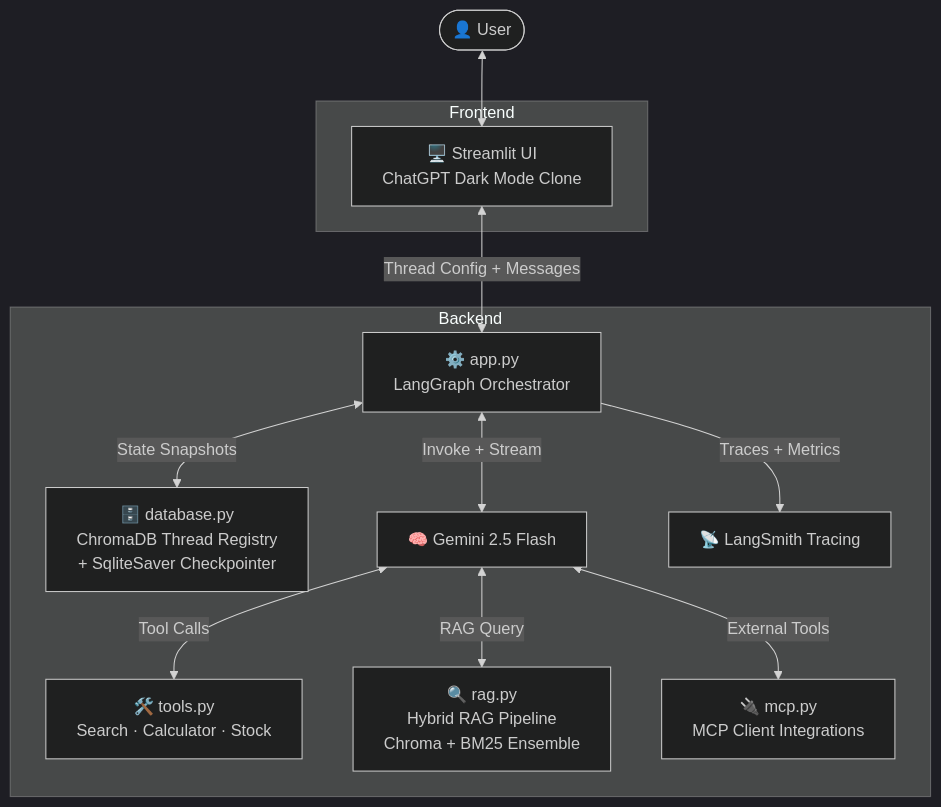
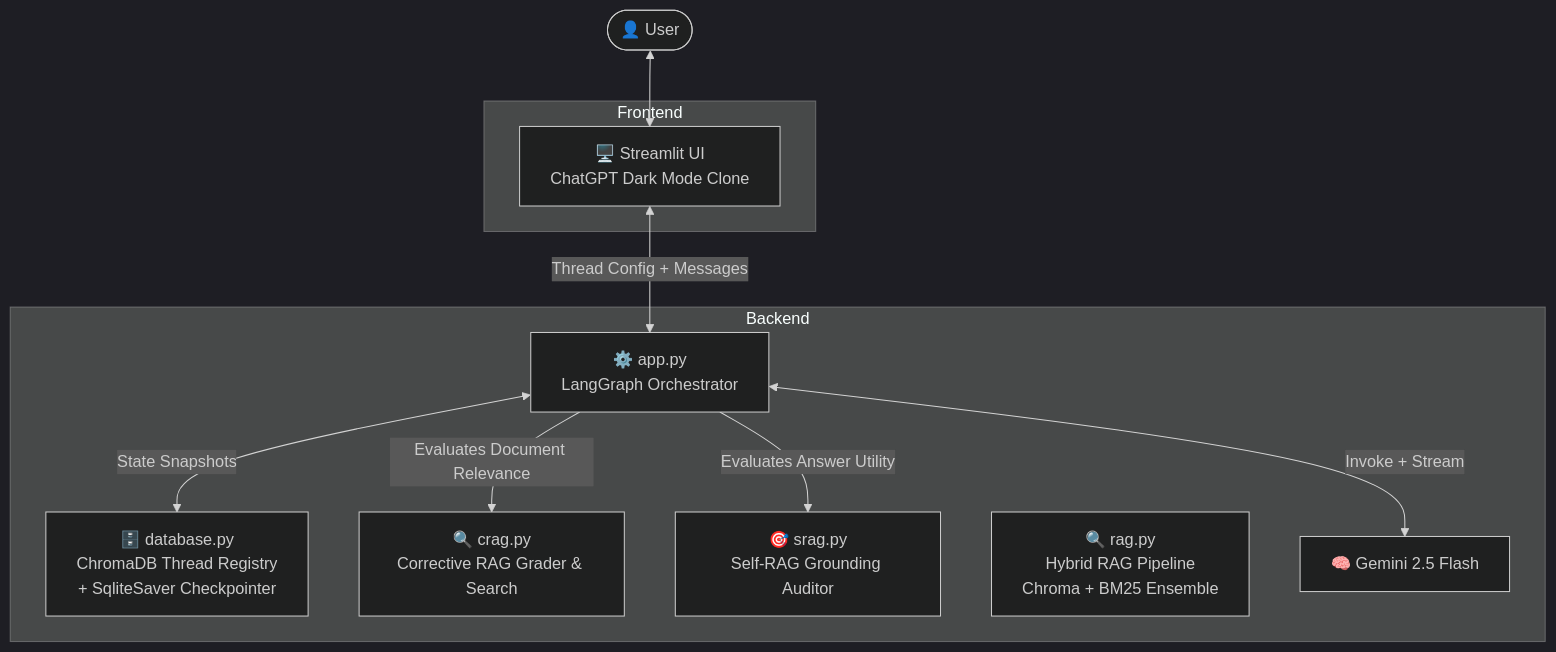
One commit to Yashthakre-07/StateFlow changed the diagram in README.md. Above: the diagram before and after it, drawn with Mermaid (dark theme). The commit also changed other lines of this file and 5 other files, not shown here.

Commit message:
feat: Integrate CRAG & Self-RAG pipelines with Streamlit tracing UI

````diff
--- a/README.md
+++ b/README.md
@@ -145,26 +92,23 @@
 ```mermaid
 graph TD
     User([👤 User]) <--> Streamlit[🖥️ Streamlit UI\nChatGPT Dark Mode Clone]
 
     subgraph Frontend
         Streamlit
     end
 
     subgraph Backend
         App[⚙️ app.py\nLangGraph Orchestrator]
         DB[🗄️ database.py\nChromaDB Thread Registry\n+ SqliteSaver Checkpointer]
-        Tools[🛠️ tools.py\nSearch · Calculator · Stock]
+        CRAG[🔍 crag.py\nCorrective RAG Grader & Search]
+        SRAG[🎯 srag.py\nSelf-RAG Grounding Auditor]
         RAG[🔍 rag.py\nHybrid RAG Pipeline\nChroma + BM25 Ensemble]
-        MCP[🔌 mcp.py\nMCP Client Integrations]
         LLM[🧠 Gemini 2.5 Flash]
-        LS[📡 LangSmith Tracing]
     end
 
     Streamlit <-->|Thread Config + Messages| App
     App <-->|State Snapshots| DB
     App <-->|Invoke + Stream| LLM
-    LLM <-->|Tool Calls| Tools
-    LLM <-->|RAG Query| RAG
-    LLM <-->|External Tools| MCP
-    App -->|Traces + Metrics| LS
+    App -->|Evaluates Document Relevance| CRAG
+    App -->|Evaluates Answer Utility| SRAG
 ```
````
